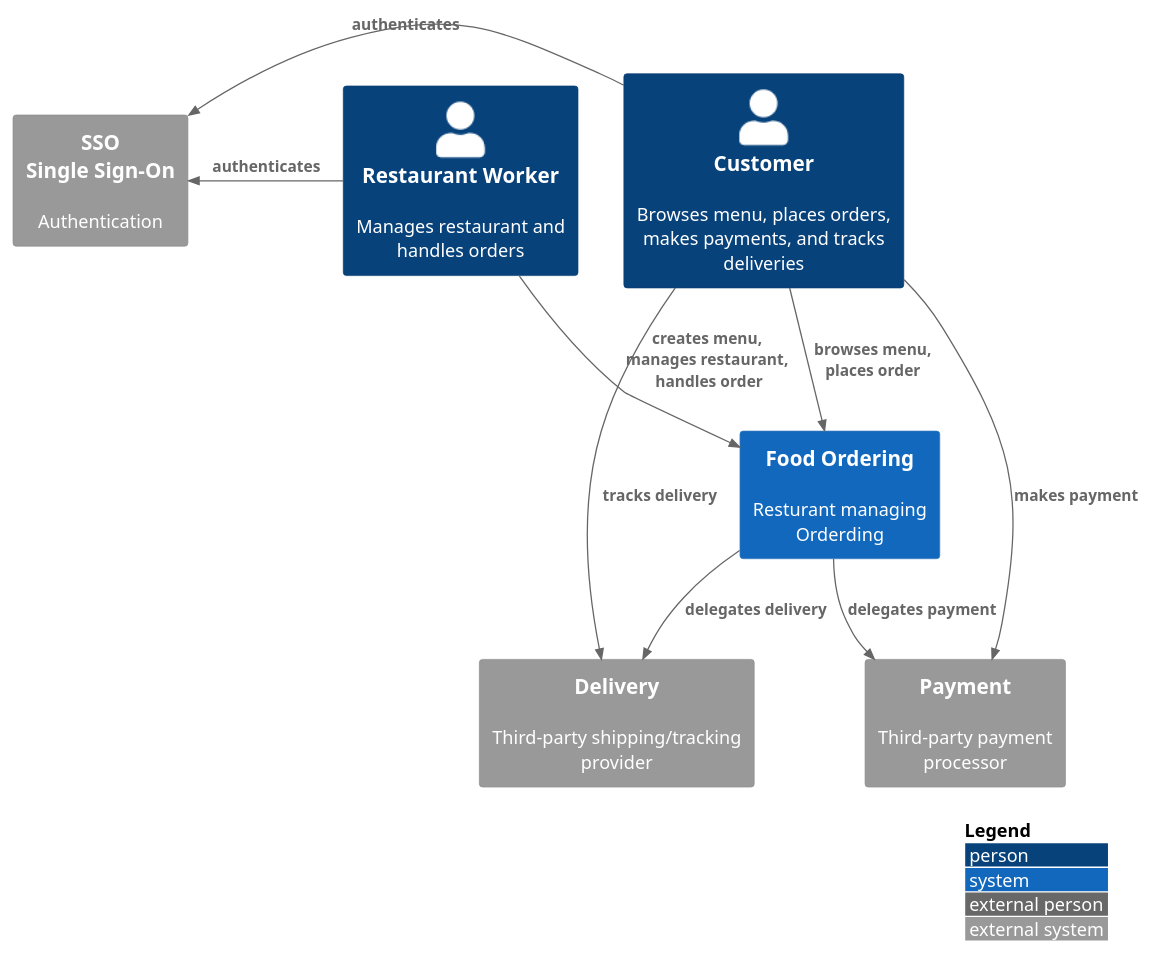
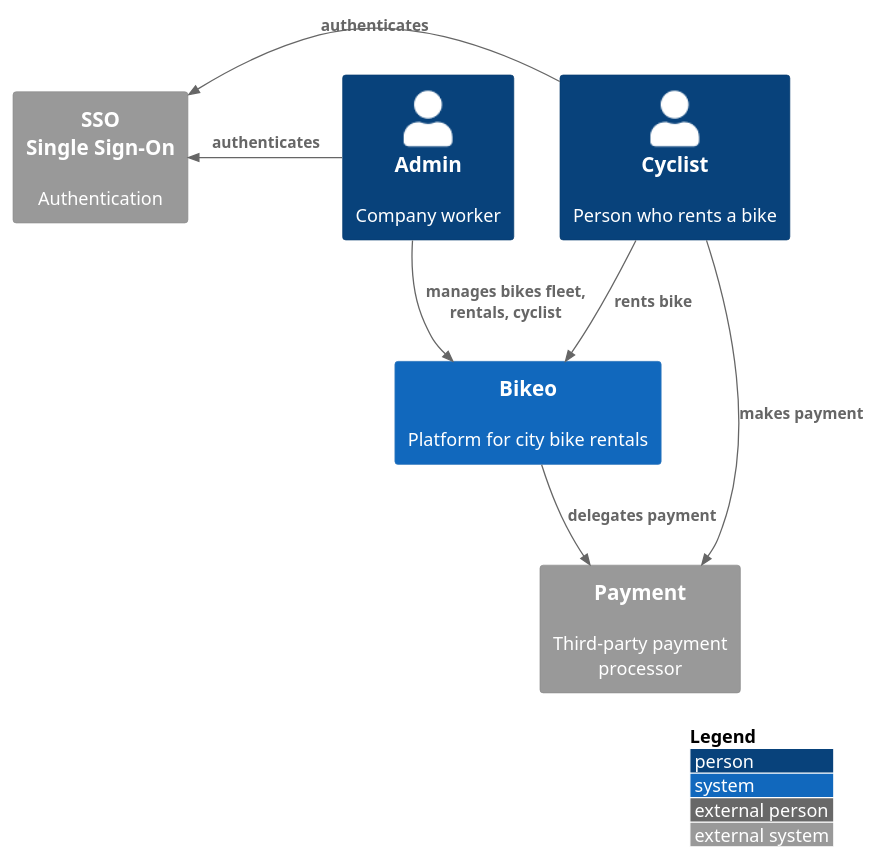
One commit to velorb/modular-monolith-php changed the diagram in docs/C4/c1_system_context.puml. Above: the diagram before and after it, drawn with PlantUML. The commit also changed 53 other files, not shown here.

```diff
--- a/docs/C4/c1_system_context.puml
+++ b/docs/C4/c1_system_context.puml
@@ -1,25 +1,21 @@
 @startuml
 !include https://raw.githubusercontent.com/plantuml-stdlib/C4-PlantUML/master/C4_Context.puml
 
 '--- Actors & External Systems ---
-Person(customer, "Customer", "Browses menu, places orders, makes payments, and tracks deliveries")
-Person(restaurantWorker, "Restaurant Worker", "Manages restaurant and handles orders")
+Person(cyclist, "Cyclist", "Person who rents a bike")
+Person(admin, "Admin", "Company worker")
 System_Ext(payment, "Payment", "Third‑party payment processor")
-System_Ext(delivery, "Delivery", "Third‑party shipping/tracking provider")
 System_Ext(sso, "SSO\nSingle Sign-On", "Authentication")
-
-System(app, "Food Ordering", "Resturant managing\nOrderding ")
+System(app, "Bikeo", "Platform for city bike rentals")
 
 '--- Interactions ---
-Rel(customer, app, "browses menu,\nplaces order")
-Rel(customer, payment, "makes payment")
-Rel(customer, delivery, "tracks delivery")
-Rel_L(customer, sso, "authenticates")
-Rel_L(restaurantWorker, sso, "authenticates")
+Rel(cyclist, app, "rents bike")
+Rel(cyclist, payment, "makes payment")
+Rel_L(cyclist, sso, "authenticates")
+Rel_L(admin, sso, "authenticates")
 
-Rel(restaurantWorker, app, "creates menu,\nmanages restaurant,\n handles order")
+Rel(admin, app, "manages bikes fleet, rentals, cyclist")
 Rel(app, payment, "delegates payment")
-Rel(app, delivery, "delegates delivery")
 
 LAYOUT_WITH_LEGEND()
 @enduml
```
